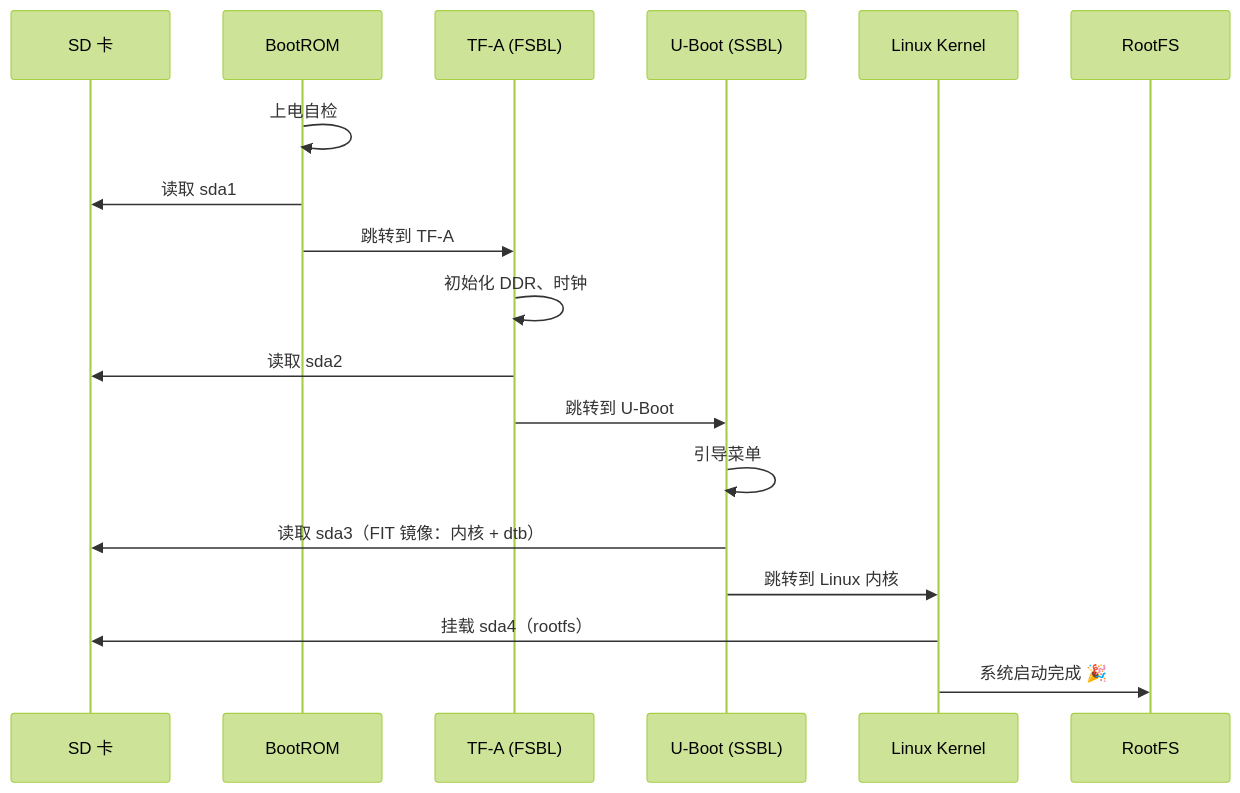
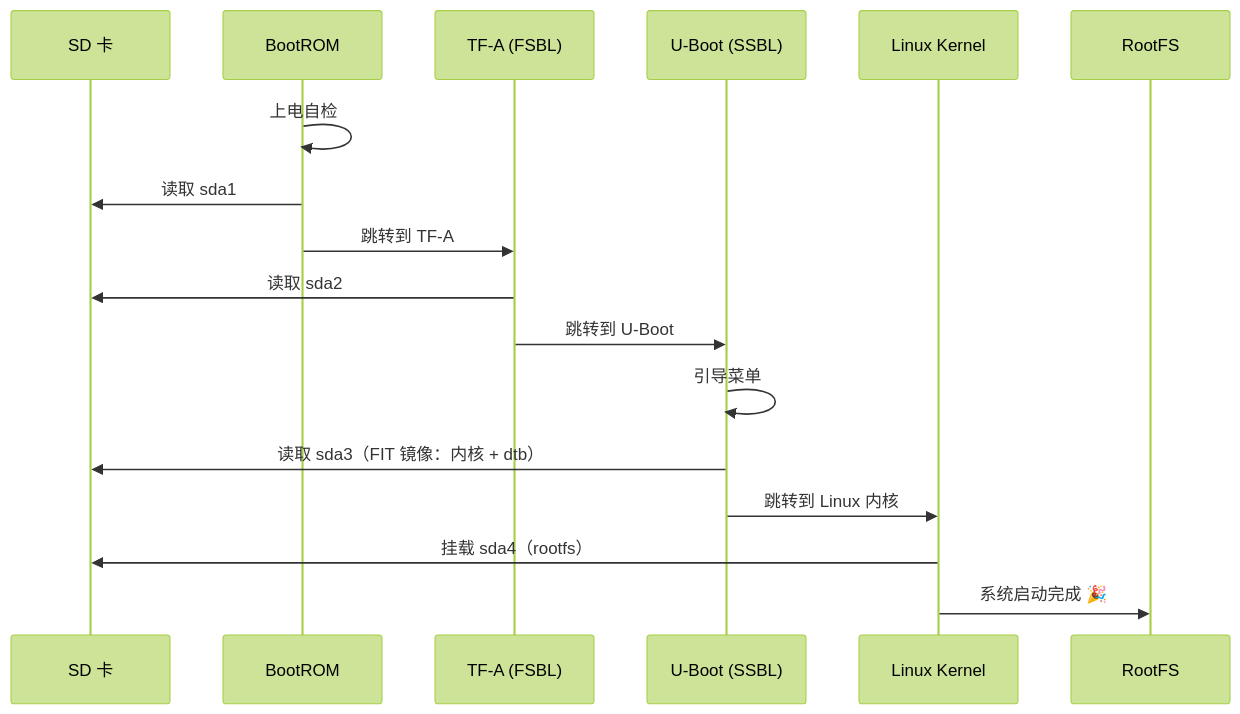
Before and after one commit to singularityX123/My_notes: the diagram in 17.BSP/系统移植[FSMP1A]/STM32MP157_BringUp.md, drawn with Mermaid (forest theme). The commit also changed other lines of this file, not shown here.

````diff
--- a/17.BSP/系统移植[FSMP1A]/STM32MP157_BringUp.md
+++ b/17.BSP/系统移植[FSMP1A]/STM32MP157_BringUp.md
@@ -19,21 +23,20 @@
 ```mermaid
 sequenceDiagram
     participant SD as SD 卡
     participant BootROM
     participant TF as TF-A (FSBL)
     participant Uboot as U-Boot (SSBL)
     participant Kernel as Linux Kernel
     participant Root as RootFS
 
     BootROM->>BootROM: 上电自检
     BootROM->>SD: 读取 sda1
     BootROM->>TF: 跳转到 TF-A
-    TF->>TF: 初始化 DDR、时钟
     TF->>SD: 读取 sda2
     TF->>Uboot: 跳转到 U-Boot
     Uboot->>Uboot: 引导菜单
     Uboot->>SD: 读取 sda3（FIT 镜像：内核 + dtb）
     Uboot->>Kernel: 跳转到 Linux 内核
     Kernel->>SD: 挂载 sda4（rootfs）
     Kernel->>Root: 系统启动完成 🎉
 ```
````
